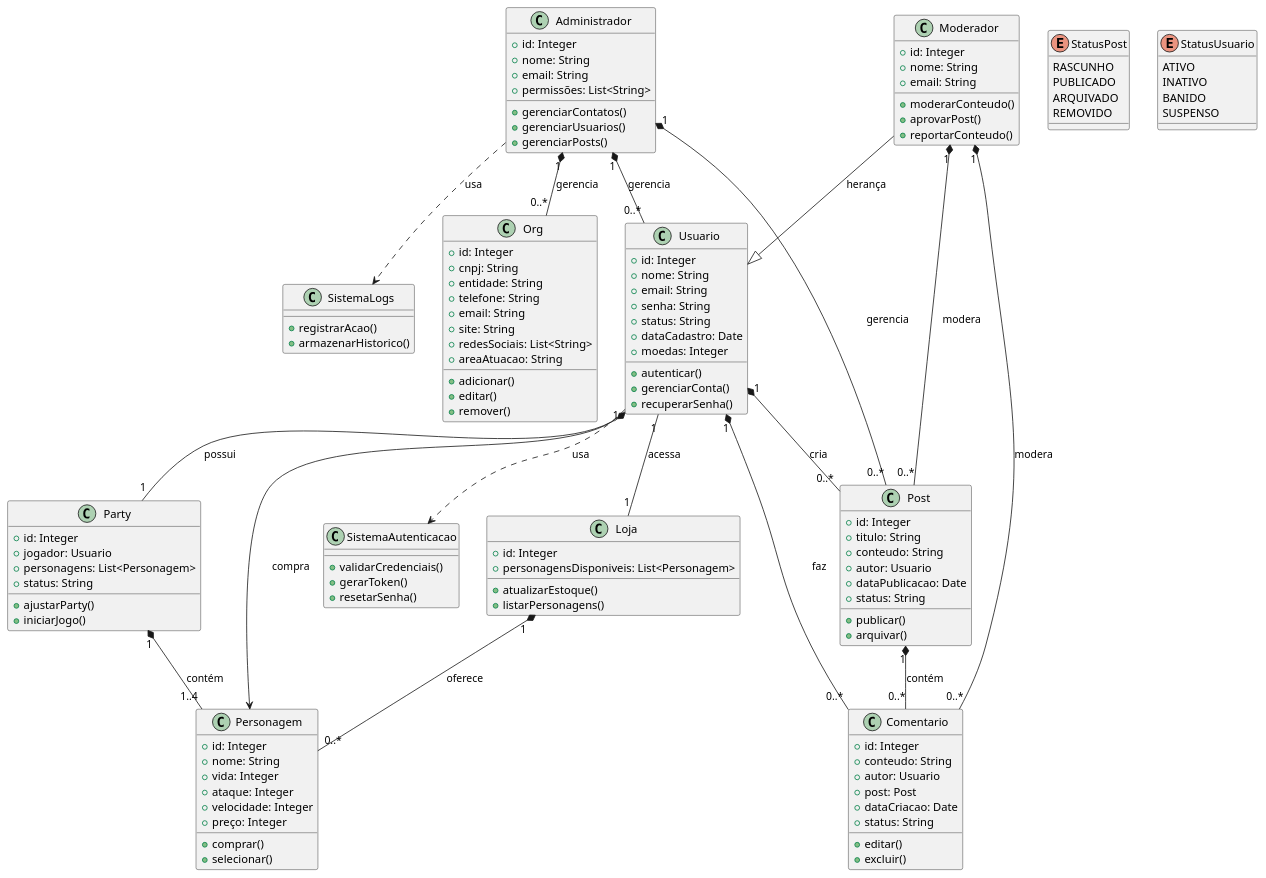
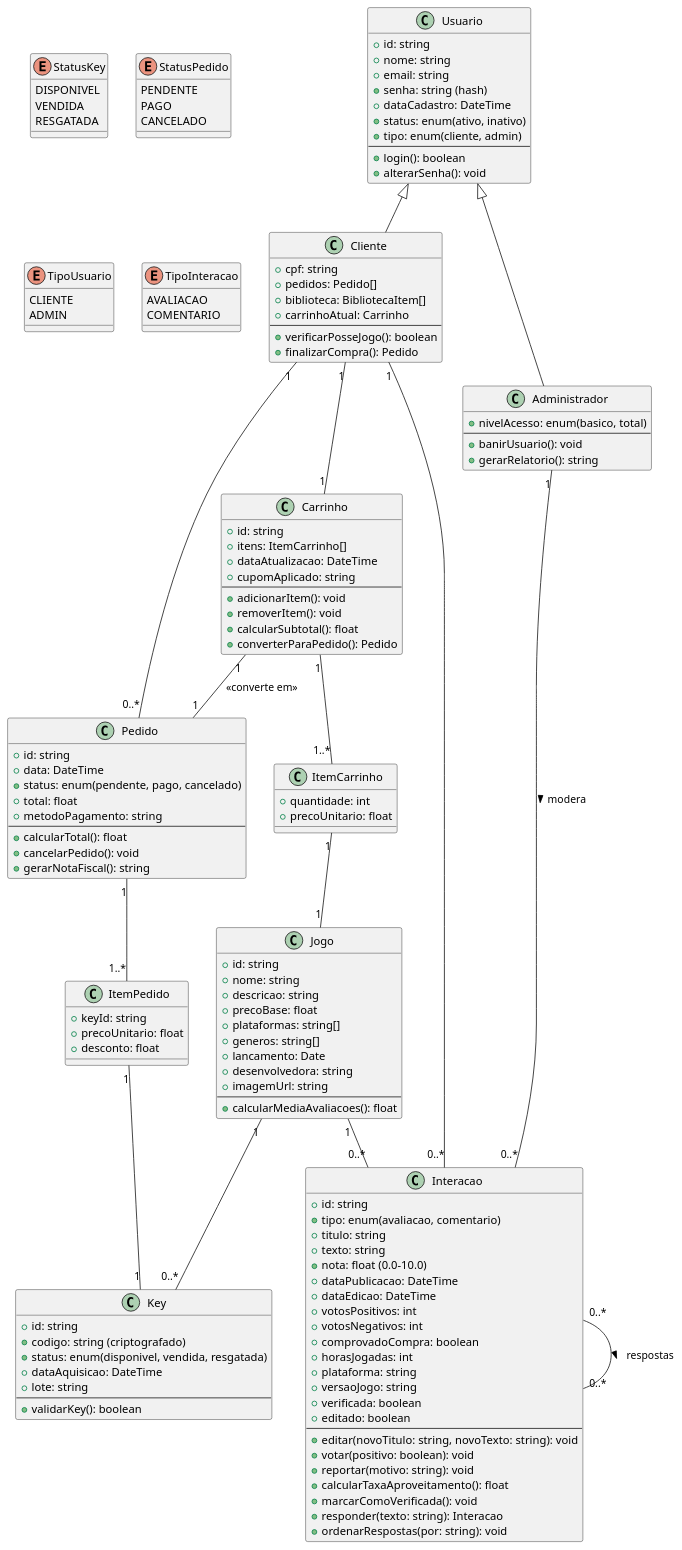
Before and after one commit to fatec-project/lm-projeto-interdisciplinar-sem-5: the diagram in diagramas/classes/sistema-geral.puml, drawn with PlantUML.

Commit message:
Adiciona novo diagrama de classes

```diff
--- a/diagramas/classes/sistema-geral.puml
+++ b/diagramas/classes/sistema-geral.puml
@@ -1,146 +1,164 @@
-@startuml sistema_geral_atualizado
+@startuml ClassDiagramEcommerceKeys_Unificado
+
+' ###### ENTIDADES PRINCIPAIS ######
+class Usuario {
+  + id: string
+  + nome: string
+  + email: string
+  + senha: string (hash)
+  + dataCadastro: DateTime
+  + status: enum(ativo, inativo)
+  + tipo: enum(cliente, admin)
+  --
+  + login(): boolean
+  + alterarSenha(): void
+}
+
+class Cliente {
+  + cpf: string
+  + pedidos: Pedido[]
+  + biblioteca: BibliotecaItem[]
+  + carrinhoAtual: Carrinho
+  --
+  + verificarPosseJogo(): boolean
+  + finalizarCompra(): Pedido
+}
 
 class Administrador {
-  + id: Integer
-  + nome: String
-  + email: String
-  + permissões: List<String>
-  + gerenciarContatos()
-  + gerenciarUsuarios()
-  + gerenciarPosts()
+  + nivelAcesso: enum(basico, total)
+  --
+  + banirUsuario(): void
+  + gerarRelatorio(): string
 }
 
-class Moderador {
-  + id: Integer
-  + nome: String
-  + email: String
-  + moderarConteudo()
-  + aprovarPost()
-  + reportarConteudo()
+class Jogo {
+  + id: string
+  + nome: string
+  + descricao: string
+  + precoBase: float
+  + plataformas: string[]
+  + generos: string[]
+  + lancamento: Date
+  + desenvolvedora: string
+  + imagemUrl: string
+  --
+  + calcularMediaAvaliacoes(): float
 }
 
-class Usuario {
-  + id: Integer
-  + nome: String
-  + email: String
-  + senha: String
-  + status: String
-  + dataCadastro: Date
-  + moedas: Integer
-  + autenticar()
-  + gerenciarConta()
-  + recuperarSenha()
+class Key {
+  + id: string
+  + codigo: string (criptografado)
+  + status: enum(disponivel, vendida, resgatada)
+  + dataAquisicao: DateTime
+  + lote: string
+  --
+  + validarKey(): boolean
 }
 
-class Post {
-  + id: Integer
-  + titulo: String
-  + conteudo: String
-  + autor: Usuario
-  + dataPublicacao: Date
-  + status: String
-  + publicar()
-  + arquivar()
+' ###### ENTIDADES DE NEGÓCIO ######
+class Pedido {
+  + id: string
+  + data: DateTime
+  + status: enum(pendente, pago, cancelado)
+  + total: float
+  + metodoPagamento: string
+  --
+  + calcularTotal(): float
+  + cancelarPedido(): void
+  + gerarNotaFiscal(): string
 }
 
-class Comentario {
-  + id: Integer
-  + conteudo: String
-  + autor: Usuario
-  + post: Post
-  + dataCriacao: Date
-  + status: String
-  + editar()
-  + excluir()
+class ItemPedido {
+  + keyId: string
+  + precoUnitario: float
+  + desconto: float
 }
 
-class Org {
-  + id: Integer
-  + cnpj: String
-  + entidade: String
-  + telefone: String
-  + email: String
-  + site: String
-  + redesSociais: List<String>
-  + areaAtuacao: String
-  + adicionar()
-  + editar()
-  + remover()
+class Carrinho {
+  + id: string
+  + itens: ItemCarrinho[]
+  + dataAtualizacao: DateTime
+  + cupomAplicado: string
+  --
+  + adicionarItem(): void
+  + removerItem(): void
+  + calcularSubtotal(): float
+  + converterParaPedido(): Pedido
 }
 
-class Party {
-  + id: Integer
-  + jogador: Usuario
-  + personagens: List<Personagem>
-  + status: String
-  + ajustarParty()
-  + iniciarJogo()
+class ItemCarrinho {
+  + quantidade: int
+  + precoUnitario: float
 }
 
-class Personagem {
-  + id: Integer
-  + nome: String
-  + vida: Integer
-  + ataque: Integer
-  + velocidade: Integer
-  + preço: Integer
-  + comprar()
-  + selecionar()
+class Interacao {
+  + id: string
+  + tipo: enum(avaliacao, comentario)
+  + titulo: string
+  + texto: string
+  + nota: float (0.0-10.0)
+  + dataPublicacao: DateTime
+  + dataEdicao: DateTime
+  + votosPositivos: int
+  + votosNegativos: int
+  + comprovadoCompra: boolean
+  + horasJogadas: int
+  + plataforma: string
+  + versaoJogo: string
+  + verificada: boolean
+  + editado: boolean
+  --
+  + editar(novoTitulo: string, novoTexto: string): void
+  + votar(positivo: boolean): void
+  + reportar(motivo: string): void
+  + calcularTaxaAproveitamento(): float
+  + marcarComoVerificada(): void
+  + responder(texto: string): Interacao
+  + ordenarRespostas(por: string): void
 }
 
-class Loja {
-  + id: Integer
-  + personagensDisponiveis: List<Personagem>
-  + atualizarEstoque()
-  + listarPersonagens()
+' ###### RELACIONAMENTOS ATUALIZADOS ######
+Usuario <|-- Cliente
+Usuario <|-- Administrador
+
+Cliente "1" -- "0..*" Pedido
+Cliente "1" -- "1" Carrinho
+Carrinho "1" -- "1" Pedido : <<converte em>>
+Pedido "1" -- "1..*" ItemPedido
+ItemPedido "1" -- "1" Key
+
+Cliente "1" -- "0..*" Interacao
+Jogo "1" -- "0..*" Key
+Jogo "1" -- "0..*" Interacao
+
+Interacao "0..*" -- "0..*" Interacao : respostas >
+
+Carrinho "1" -- "1..*" ItemCarrinho
+ItemCarrinho "1" -- "1" Jogo
+
+Administrador "1" -- "0..*" Interacao : modera >
+
+' ###### ENUMS ######
+enum StatusKey {
+  DISPONIVEL
+  VENDIDA
+  RESGATADA
 }
 
-class SistemaAutenticacao {
-  + validarCredenciais()
-  + gerarToken()
-  + resetarSenha()
+enum StatusPedido {
+  PENDENTE
+  PAGO
+  CANCELADO
 }
 
-class SistemaLogs {
-  + registrarAcao()
-  + armazenarHistorico()
+enum TipoUsuario {
+  CLIENTE
+  ADMIN
 }
 
-Administrador "1" *-- "0..*" Org : gerencia
-Administrador "1" *-- "0..*" Usuario : gerencia
-Administrador "1" *-- "0..*" Post : gerencia
-
-Moderador --|> Usuario : herança
-Moderador "1" *-- "0..*" Post : modera
-Moderador "1" *-- "0..*" Comentario : modera
-
-Usuario "1" *-- "0..*" Post : cria
-Usuario "1" *-- "0..*" Comentario : faz
-Usuario "1" *-- "1" Party : possui
-
-Post "1" *-- "0..*" Comentario : contém
-
-Party "1" *-- "1..4" Personagem : contém
-
-Loja "1" *-- "0..*" Personagem : oferece
-Usuario "1" -- "1" Loja : acessa
-Usuario --> Personagem : compra
-
-Usuario ..> SistemaAutenticacao : usa
-Administrador ..> SistemaLogs : usa
-
-enum StatusPost {
-  RASCUNHO
-  PUBLICADO
-  ARQUIVADO
-  REMOVIDO
-}
-
-enum StatusUsuario {
-  ATIVO
-  INATIVO
-  BANIDO
-  SUSPENSO
+enum TipoInteracao {
+  AVALIACAO
+  COMENTARIO
 }
 
 @enduml
```
